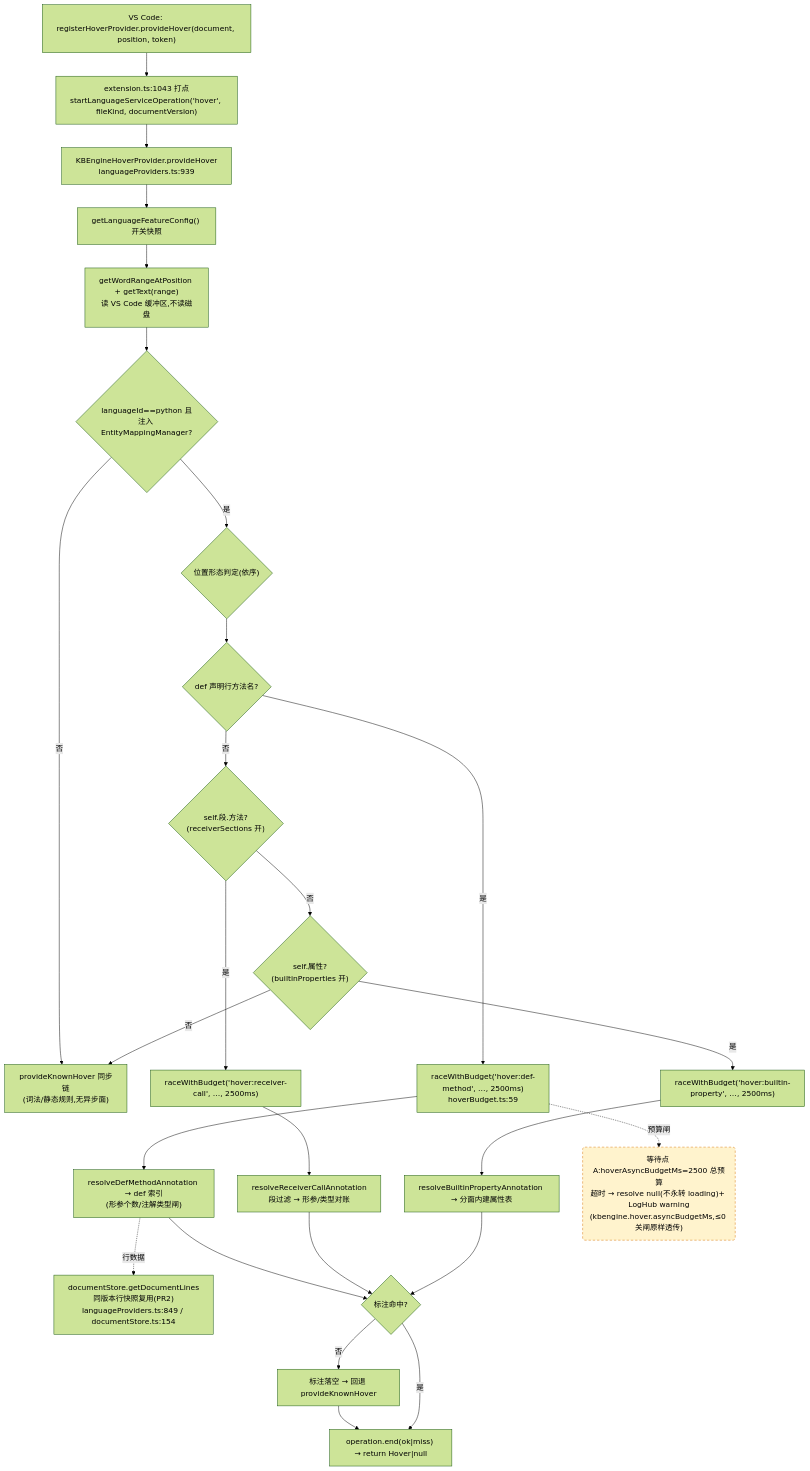
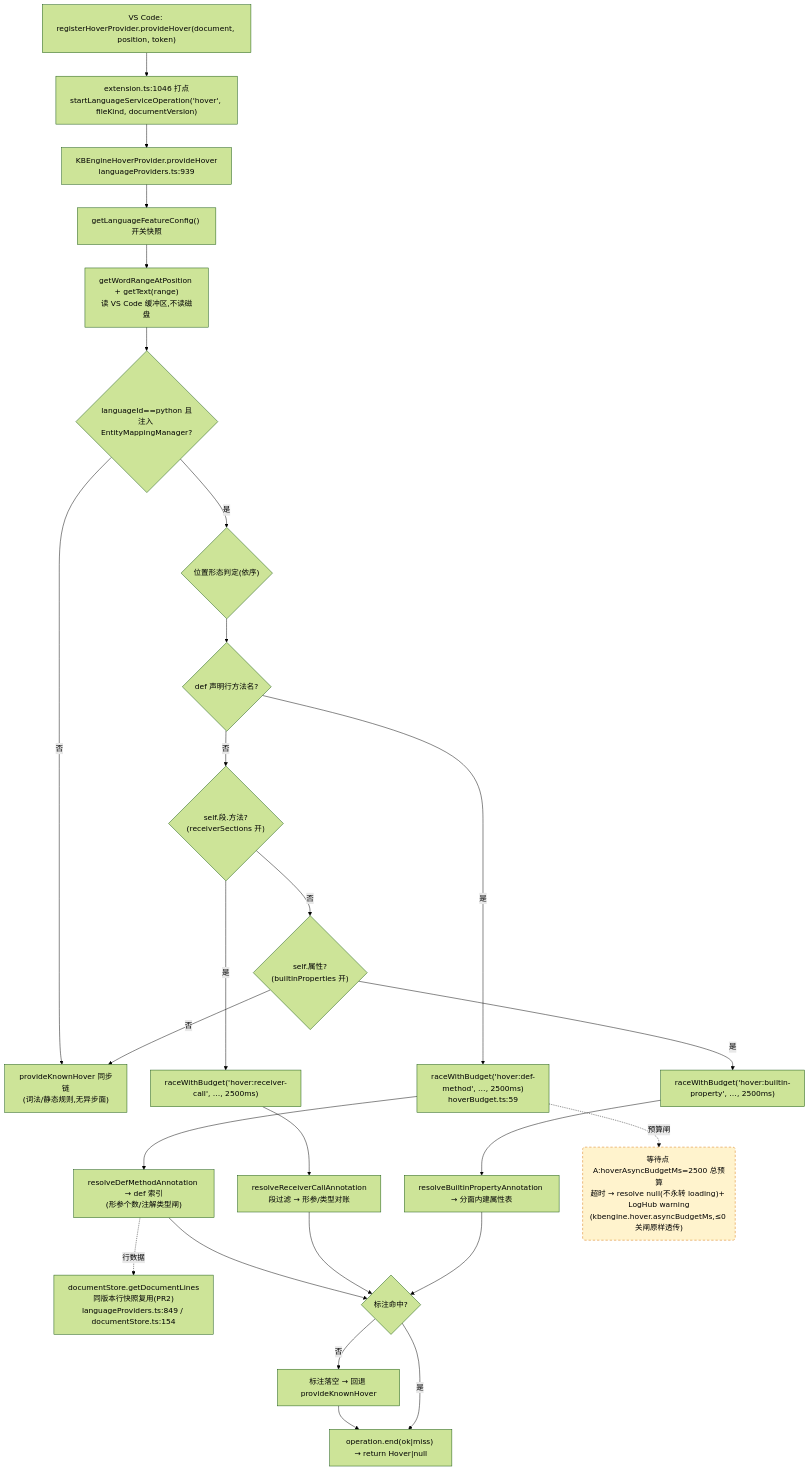
Before and after one commit to cuihairu/kode: the first of 4 diagrams in docs/perf/2026-baseline.md, drawn with Mermaid (forest theme). The commit also changed other lines of this file and 6 other files, not shown here.

````diff
--- a/docs/perf/2026-baseline.md
+++ b/docs/perf/2026-baseline.md
@@ -82,45 +82,45 @@
 ```mermaid
 flowchart TD
   VC1["VS Code: registerHoverProvider.provideHover(document, position, token)"]
-  M1["extension.ts:1043 打点<br/>startLanguageServiceOperation('hover', fileKind, documentVersion)"]
+  M1["extension.ts:1046 打点<br/>startLanguageServiceOperation('hover', fileKind, documentVersion)"]
   HP["KBEngineHoverProvider.provideHover<br/>languageProviders.ts:939"]
   CFG["getLanguageFeatureConfig() 开关快照"]
   WORD["getWordRangeAtPosition + getText(range)<br/>读 VS Code 缓冲区,不读磁盘"]
   BR{"languageId==python 且<br/>注入 EntityMappingManager?"}
   KN["provideKnownHover 同步链<br/>(词法/静态规则,无异步面)"]
   POS{"位置形态判定(依序)"}
   D1{"def 声明行方法名?"}
   D2{"self.段.方法?<br/>(receiverSections 开)"}
   D3{"self.属性?<br/>(builtinProperties 开)"}
   RA1["raceWithBudget('hover:def-method', …, 2500ms)<br/>hoverBudget.ts:59"]
   RA2["raceWithBudget('hover:receiver-call', …, 2500ms)"]
   RA3["raceWithBudget('hover:builtin-property', …, 2500ms)"]
   RS1["resolveDefMethodAnnotation → def 索引<br/>(形参个数/注解类型闸)"]
   RS2["resolveReceiverCallAnnotation<br/>段过滤 → 形参/类型对账"]
   RS3["resolveBuiltinPropertyAnnotation → 分面内建属性表"]
   LINES["documentStore.getDocumentLines<br/>同版本行快照复用(PR2)<br/>languageProviders.ts:849 / documentStore.ts:154"]
   MISS["标注落空 → 回退 provideKnownHover"]
   END1["operation.end(ok|miss) → return Hover|null"]
 
   VC1 --> M1 --> HP --> CFG --> WORD --> BR
   BR -- "否" --> KN
   BR -- "是" --> POS --> D1
   D1 -- "是" --> RA1 --> RS1
   D1 -- "否" --> D2
   D2 -- "是" --> RA2 --> RS2
   D2 -- "否" --> D3
   D3 -- "是" --> RA3 --> RS3
   D3 -- "否" --> KN
   RS1 --> HIT{"标注命中?"}
   RS2 --> HIT
   RS3 --> HIT
   RS1 -.->|行数据| LINES
   HIT -- "否" --> MISS --> END1
   HIT -- "是" --> END1
 
   WAITA("等待点 A:hoverAsyncBudgetMs=2500 总预算<br/>超时 → resolve null(不永转 loading)+ LogHub warning<br/>(kbengine.hover.asyncBudgetMs,≤0 关闸原样透传)")
   RA1 -.->|预算闸| WAITA
 
   classDef waitPoint fill:#fff3cd,stroke:#d97706,stroke-dasharray:5 4;
   class WAITA waitPoint;
 ```
````
